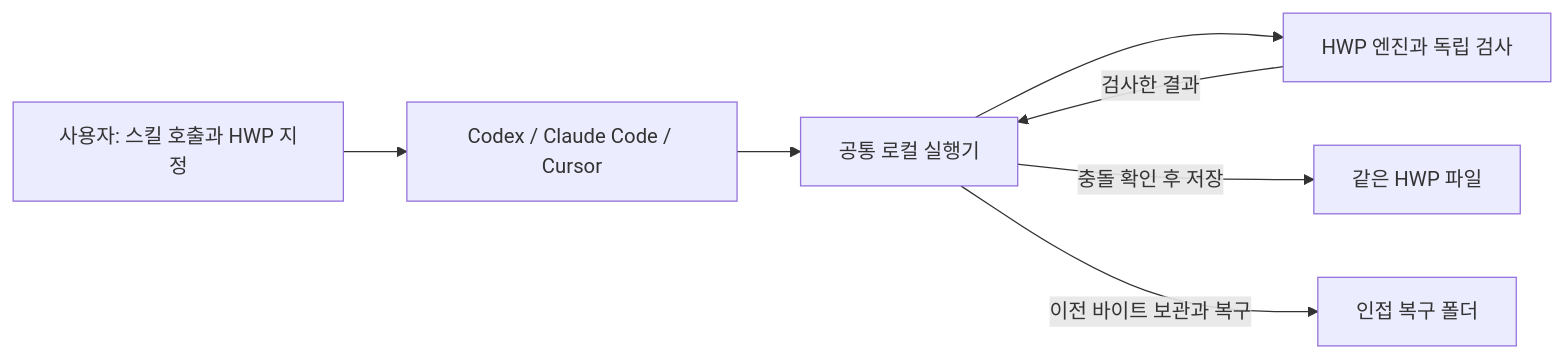
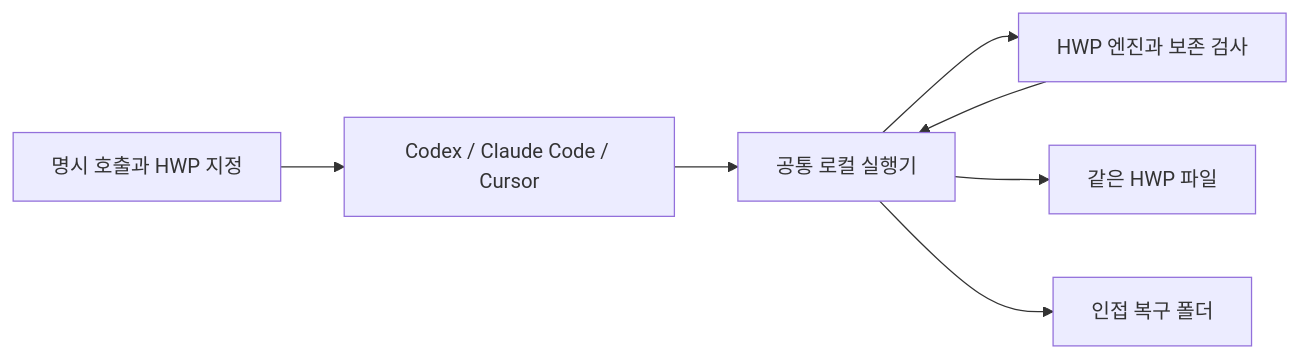
Before and after one commit to spark142857142857/hwp-easy: the diagram in docs/architecture.md, drawn with Mermaid. The commit also changed other lines of this file and 96 other files, not shown here.

````diff
--- a/docs/architecture.md
+++ b/docs/architecture.md
@@ -13,9 +7,9 @@
 ```mermaid
 flowchart LR
-  U[사용자: 스킬 호출과 HWP 지정] --> A[Codex / Claude Code / Cursor]
-  A --> L[공통 로컬 실행기]
-  L --> E[HWP 엔진과 독립 검사]
-  E -->|검사한 결과| L
-  L -->|충돌 확인 후 저장| F[같은 HWP 파일]
-  L -->|이전 바이트 보관과 복구| B[인접 복구 폴더]
+  U[명시 호출과 HWP 지정] --> A[Codex / Claude Code / Cursor]
+  A --> R[공통 로컬 실행기]
+  R --> E[HWP 엔진과 보존 검사]
+  E --> R
+  R --> F[같은 HWP 파일]
+  R --> B[인접 복구 폴더]
 ```
````
